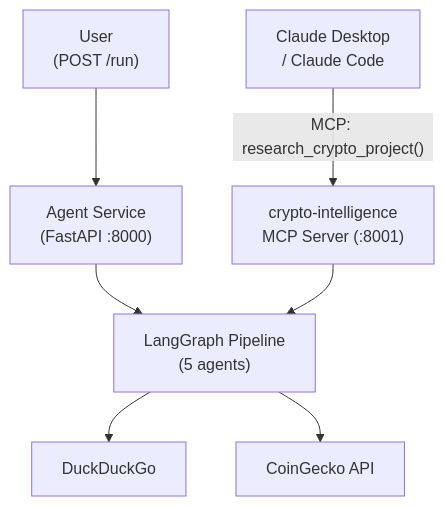
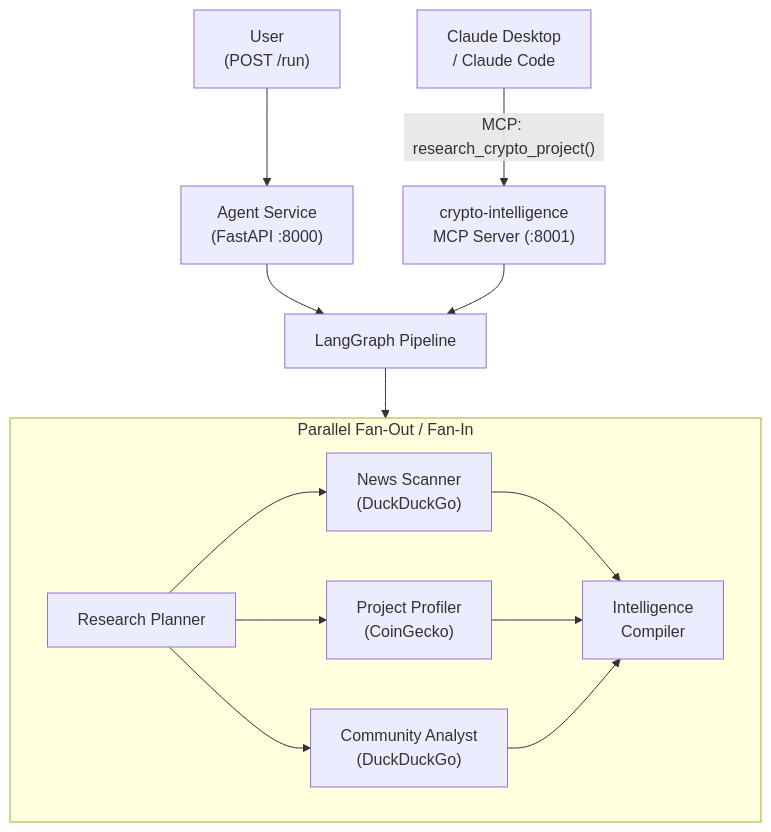
The third of 7 diagrams in docs/curriculum.md (ksopyla/agent-patterns-lab), drawn with Mermaid before and after one commit. The commit also changed other lines of this file and 7 other files, not shown here.

First line of the commit message:
docs: update CHANGELOG and README for P02 architecture redesign

````diff
--- a/docs/curriculum.md
+++ b/docs/curriculum.md
@@ -165,9 +165,16 @@
 ```mermaid
 graph TD
     ClaudeDesktop["Claude Desktop\n/ Claude Code"] -->|"MCP: research_crypto_project()"| MCP["crypto-intelligence\nMCP Server (:8001)"]
     User["User\n(POST /run)"] --> FastAPI["Agent Service\n(FastAPI :8000)"]
-    FastAPI --> Pipeline["LangGraph Pipeline\n(5 agents)"]
+    FastAPI --> Pipeline["LangGraph Pipeline"]
     MCP --> Pipeline
-    Pipeline --> DDG["DuckDuckGo"]
-    Pipeline --> CoinGecko["CoinGecko API"]
+    subgraph parallel ["Parallel Fan-Out / Fan-In"]
+        Planner["Research Planner"] --> NS["News Scanner\n(DuckDuckGo)"]
+        Planner --> PP["Project Profiler\n(CoinGecko)"]
+        Planner --> CA["Community Analyst\n(DuckDuckGo)"]
+        NS --> Compiler["Intelligence\nCompiler"]
+        PP --> Compiler
+        CA --> Compiler
+    end
+    Pipeline --> parallel
 ```
````
